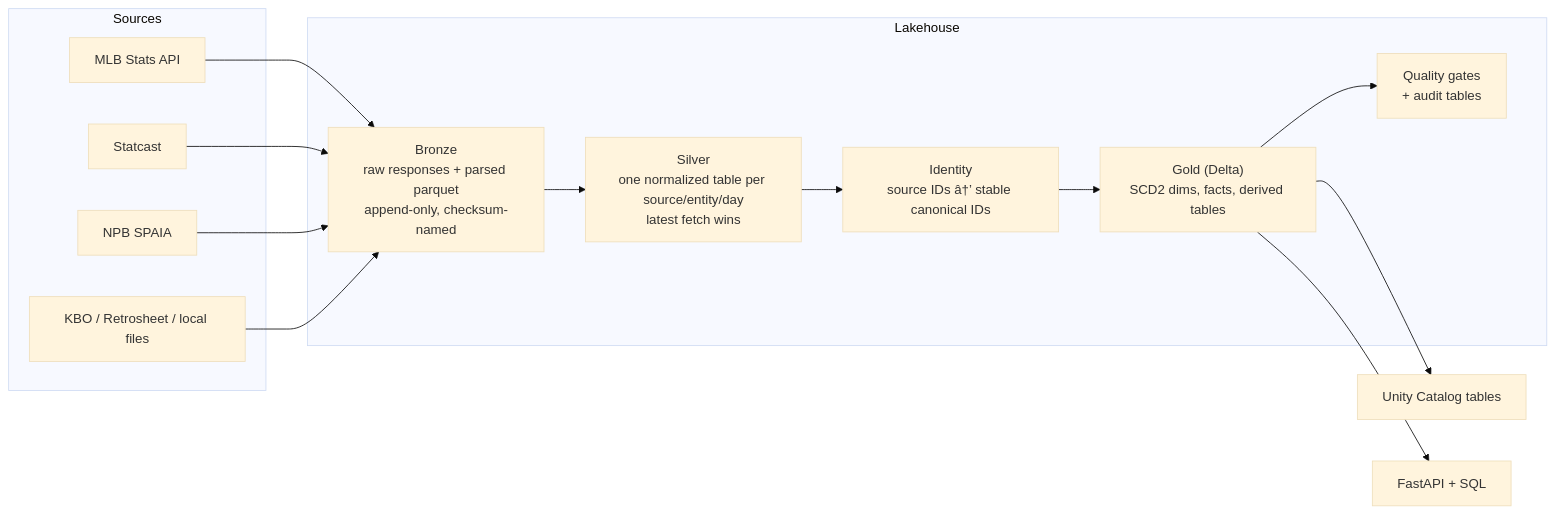
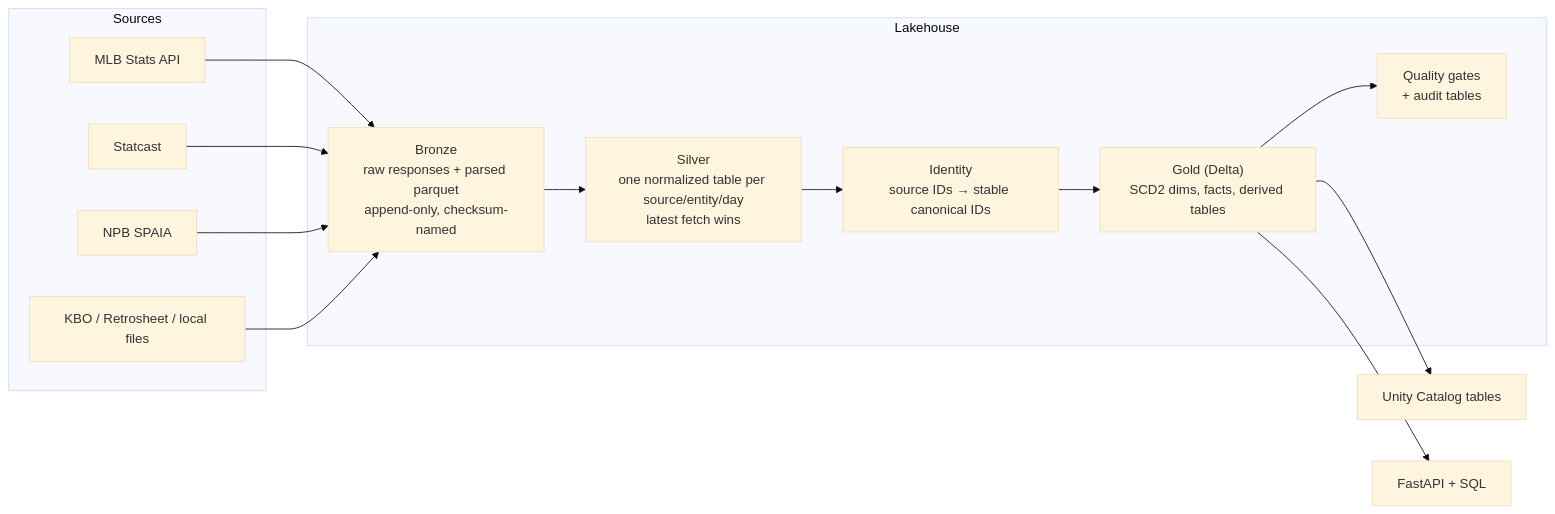
The diagram in README.md (ericseppanen999/GBDP), drawn with Mermaid (base theme) before and after one commit. The commit also changed other lines of this file and 1 other file, not shown here.

````diff
--- a/README.md
+++ b/README.md
@@ -31,19 +31,19 @@
 ```mermaid
 flowchart LR
     subgraph Sources
         A[MLB Stats API]
         B[Statcast]
         C[NPB SPAIA]
         D[KBO / Retrosheet / local files]
     end
     subgraph Lakehouse
         BR["Bronze<br/>raw responses + parsed parquet<br/>append-only, checksum-named"]
         SV["Silver<br/>one normalized table per source/entity/day<br/>latest fetch wins"]
-        ID["Identity<br/>source IDs â†’ stable canonical IDs"]
+        ID["Identity<br/>source IDs → stable canonical IDs"]
         GD["Gold (Delta)<br/>SCD2 dims, facts, derived tables"]
         Q["Quality gates<br/>+ audit tables"]
     end
     A & B & C & D --> BR --> SV --> ID --> GD --> Q
     GD --> UC[Unity Catalog tables]
     GD --> API[FastAPI + SQL]
 ```
````
